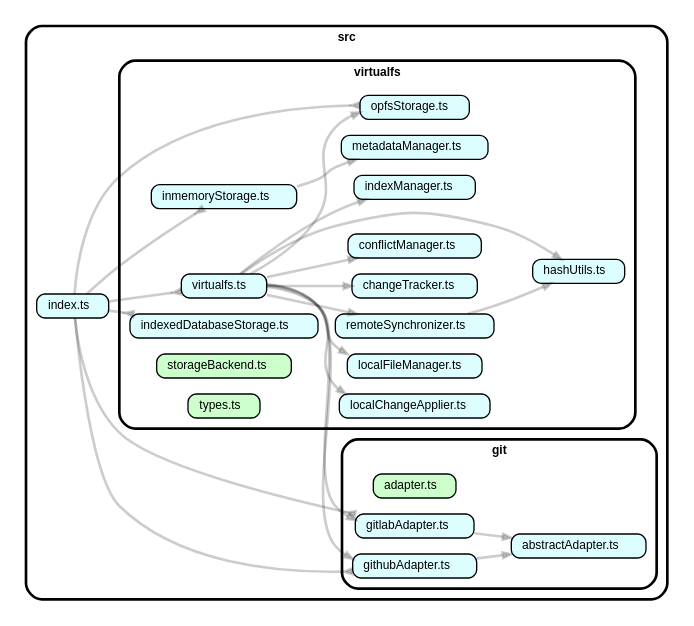
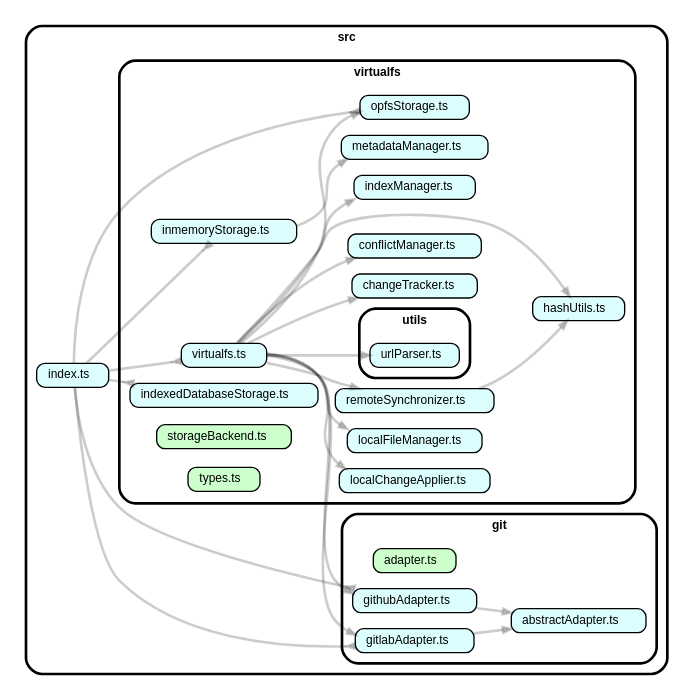
The diagram in docs/dependency-cruiser.dot (nojaja/browser-git-ops), drawn with Graphviz before and after one commit. The commit also changed 30 other files, not shown here.

```diff
--- a/docs/dependency-cruiser.dot
+++ b/docs/dependency-cruiser.dot
@@ -1,45 +1,47 @@
 strict digraph "dependency-cruiser output"{
     rankdir="LR" splines="true" overlap="false" nodesep="0.16" ranksep="0.18" fontname="Helvetica-bold" fontsize="9" style="rounded,bold,filled" fillcolor="#ffffff" compound="true"
     node [shape="box" style="rounded, filled" height="0.2" color="black" fillcolor="#ffffcc" fontcolor="black" fontname="Helvetica" fontsize="9"]
     edge [arrowhead="normal" arrowsize="0.6" penwidth="2.0" color="#00000033" fontname="Helvetica" fontsize="9"]
 
     subgraph "cluster_src" {label="src" subgraph "cluster_src/git" {label="git" "src/git/abstractAdapter.ts" [label=<abstractAdapter.ts> tooltip="abstractAdapter.ts" URL="src/git/abstractAdapter.ts" fillcolor="#ddfeff"] } }
     subgraph "cluster_src" {label="src" subgraph "cluster_src/git" {label="git" "src/git/adapter.ts" [label=<adapter.ts> tooltip="adapter.ts" URL="src/git/adapter.ts" fillcolor="#ccffcc"] } }
     subgraph "cluster_src" {label="src" subgraph "cluster_src/git" {label="git" "src/git/githubAdapter.ts" [label=<githubAdapter.ts> tooltip="githubAdapter.ts" URL="src/git/githubAdapter.ts" fillcolor="#ddfeff"] } }
     "src/git/githubAdapter.ts" -> "src/git/abstractAdapter.ts"
     subgraph "cluster_src" {label="src" subgraph "cluster_src/git" {label="git" "src/git/gitlabAdapter.ts" [label=<gitlabAdapter.ts> tooltip="gitlabAdapter.ts" URL="src/git/gitlabAdapter.ts" fillcolor="#ddfeff"] } }
     "src/git/gitlabAdapter.ts" -> "src/git/abstractAdapter.ts"
     subgraph "cluster_src" {label="src" "src/index.ts" [label=<index.ts> tooltip="index.ts" URL="src/index.ts" fillcolor="#ddfeff"] }
     "src/index.ts" -> "src/git/githubAdapter.ts" [arrowhead="inv"]
     "src/index.ts" -> "src/git/gitlabAdapter.ts" [arrowhead="inv"]
     "src/index.ts" -> "src/virtualfs/indexedDatabaseStorage.ts" [arrowhead="inv"]
     "src/index.ts" -> "src/virtualfs/inmemoryStorage.ts" [arrowhead="inv"]
     "src/index.ts" -> "src/virtualfs/opfsStorage.ts" [arrowhead="inv"]
     "src/index.ts" -> "src/virtualfs/virtualfs.ts" [arrowhead="inv"]
     subgraph "cluster_src" {label="src" subgraph "cluster_src/virtualfs" {label="virtualfs" "src/virtualfs/changeTracker.ts" [label=<changeTracker.ts> tooltip="changeTracker.ts" URL="src/virtualfs/changeTracker.ts" fillcolor="#ddfeff"] } }
     subgraph "cluster_src" {label="src" subgraph "cluster_src/virtualfs" {label="virtualfs" "src/virtualfs/conflictManager.ts" [label=<conflictManager.ts> tooltip="conflictManager.ts" URL="src/virtualfs/conflictManager.ts" fillcolor="#ddfeff"] } }
     subgraph "cluster_src" {label="src" subgraph "cluster_src/virtualfs" {label="virtualfs" "src/virtualfs/hashUtils.ts" [label=<hashUtils.ts> tooltip="hashUtils.ts" URL="src/virtualfs/hashUtils.ts" fillcolor="#ddfeff"] } }
     subgraph "cluster_src" {label="src" subgraph "cluster_src/virtualfs" {label="virtualfs" "src/virtualfs/indexManager.ts" [label=<indexManager.ts> tooltip="indexManager.ts" URL="src/virtualfs/indexManager.ts" fillcolor="#ddfeff"] } }
     subgraph "cluster_src" {label="src" subgraph "cluster_src/virtualfs" {label="virtualfs" "src/virtualfs/indexedDatabaseStorage.ts" [label=<indexedDatabaseStorage.ts> tooltip="indexedDatabaseStorage.ts" URL="src/virtualfs/indexedDatabaseStorage.ts" fillcolor="#ddfeff"] } }
     subgraph "cluster_src" {label="src" subgraph "cluster_src/virtualfs" {label="virtualfs" "src/virtualfs/inmemoryStorage.ts" [label=<inmemoryStorage.ts> tooltip="inmemoryStorage.ts" URL="src/virtualfs/inmemoryStorage.ts" fillcolor="#ddfeff"] } }
     "src/virtualfs/inmemoryStorage.ts" -> "src/virtualfs/metadataManager.ts"
     subgraph "cluster_src" {label="src" subgraph "cluster_src/virtualfs" {label="virtualfs" "src/virtualfs/localChangeApplier.ts" [label=<localChangeApplier.ts> tooltip="localChangeApplier.ts" URL="src/virtualfs/localChangeApplier.ts" fillcolor="#ddfeff"] } }
     subgraph "cluster_src" {label="src" subgraph "cluster_src/virtualfs" {label="virtualfs" "src/virtualfs/localFileManager.ts" [label=<localFileManager.ts> tooltip="localFileManager.ts" URL="src/virtualfs/localFileManager.ts" fillcolor="#ddfeff"] } }
     subgraph "cluster_src" {label="src" subgraph "cluster_src/virtualfs" {label="virtualfs" "src/virtualfs/metadataManager.ts" [label=<metadataManager.ts> tooltip="metadataManager.ts" URL="src/virtualfs/metadataManager.ts" fillcolor="#ddfeff"] } }
     subgraph "cluster_src" {label="src" subgraph "cluster_src/virtualfs" {label="virtualfs" "src/virtualfs/opfsStorage.ts" [label=<opfsStorage.ts> tooltip="opfsStorage.ts" URL="src/virtualfs/opfsStorage.ts" fillcolor="#ddfeff"] } }
     subgraph "cluster_src" {label="src" subgraph "cluster_src/virtualfs" {label="virtualfs" "src/virtualfs/remoteSynchronizer.ts" [label=<remoteSynchronizer.ts> tooltip="remoteSynchronizer.ts" URL="src/virtualfs/remoteSynchronizer.ts" fillcolor="#ddfeff"] } }
     "src/virtualfs/remoteSynchronizer.ts" -> "src/virtualfs/hashUtils.ts"
     subgraph "cluster_src" {label="src" subgraph "cluster_src/virtualfs" {label="virtualfs" "src/virtualfs/storageBackend.ts" [label=<storageBackend.ts> tooltip="storageBackend.ts" URL="src/virtualfs/storageBackend.ts" fillcolor="#ccffcc"] } }
     subgraph "cluster_src" {label="src" subgraph "cluster_src/virtualfs" {label="virtualfs" "src/virtualfs/types.ts" [label=<types.ts> tooltip="types.ts" URL="src/virtualfs/types.ts" fillcolor="#ccffcc"] } }
+    subgraph "cluster_src" {label="src" subgraph "cluster_src/virtualfs" {label="virtualfs" subgraph "cluster_src/virtualfs/utils" {label="utils" "src/virtualfs/utils/urlParser.ts" [label=<urlParser.ts> tooltip="urlParser.ts" URL="src/virtualfs/utils/urlParser.ts" fillcolor="#ddfeff"] } } }
     subgraph "cluster_src" {label="src" subgraph "cluster_src/virtualfs" {label="virtualfs" "src/virtualfs/virtualfs.ts" [label=<virtualfs.ts> tooltip="virtualfs.ts" URL="src/virtualfs/virtualfs.ts" fillcolor="#ddfeff"] } }
     "src/virtualfs/virtualfs.ts" -> "src/git/githubAdapter.ts"
     "src/virtualfs/virtualfs.ts" -> "src/git/gitlabAdapter.ts"
     "src/virtualfs/virtualfs.ts" -> "src/virtualfs/changeTracker.ts"
     "src/virtualfs/virtualfs.ts" -> "src/virtualfs/conflictManager.ts"
     "src/virtualfs/virtualfs.ts" -> "src/virtualfs/hashUtils.ts"
     "src/virtualfs/virtualfs.ts" -> "src/virtualfs/indexManager.ts"
     "src/virtualfs/virtualfs.ts" -> "src/virtualfs/localChangeApplier.ts"
     "src/virtualfs/virtualfs.ts" -> "src/virtualfs/localFileManager.ts"
     "src/virtualfs/virtualfs.ts" -> "src/virtualfs/opfsStorage.ts"
     "src/virtualfs/virtualfs.ts" -> "src/virtualfs/remoteSynchronizer.ts"
+    "src/virtualfs/virtualfs.ts" -> "src/virtualfs/utils/urlParser.ts"
 }
```
